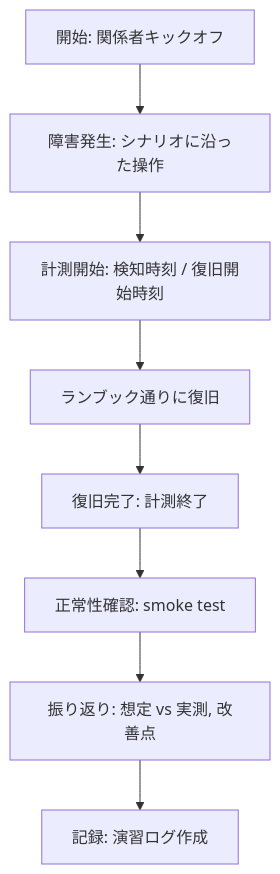
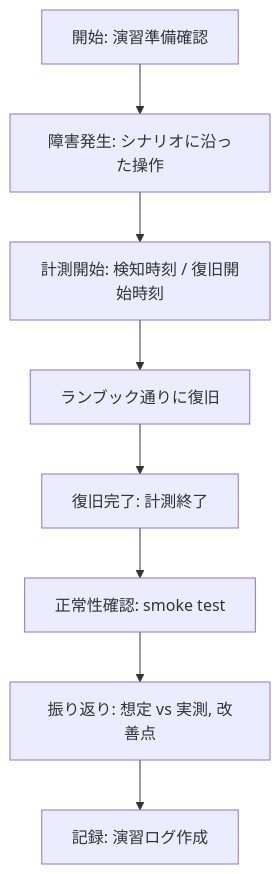
The diagram in docs/server-monitor-improvements/05-backup-recovery-drill.md (ns7jp/ns7jp), drawn with Mermaid before and after one commit. The commit also changed other lines of this file and 21 other files, not shown here.

````diff
--- a/docs/server-monitor-improvements/05-backup-recovery-drill.md
+++ b/docs/server-monitor-improvements/05-backup-recovery-drill.md
@@ -74,10 +74,10 @@
 ```mermaid
 flowchart TD
-    A[開始: 関係者キックオフ] --> B[障害発生: シナリオに沿った操作]
+    A[開始: 演習準備確認] --> B[障害発生: シナリオに沿った操作]
     B --> C[計測開始: 検知時刻 / 復旧開始時刻]
     C --> D[ランブック通りに復旧]
     D --> E[復旧完了: 計測終了]
     E --> F[正常性確認: smoke test]
     F --> G[振り返り: 想定 vs 実測, 改善点]
     G --> H[記録: 演習ログ作成]
 ```
````
